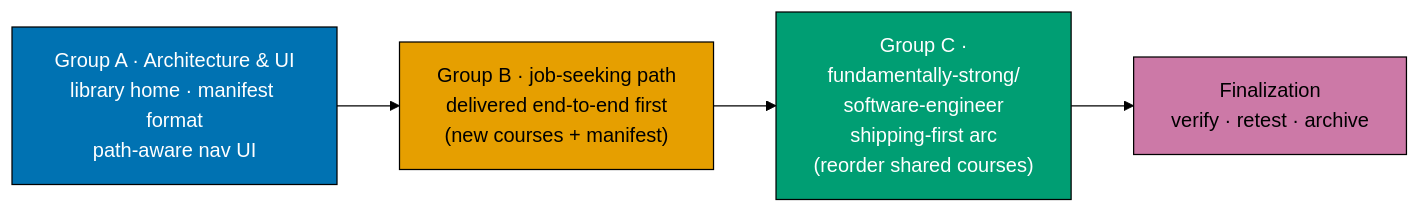
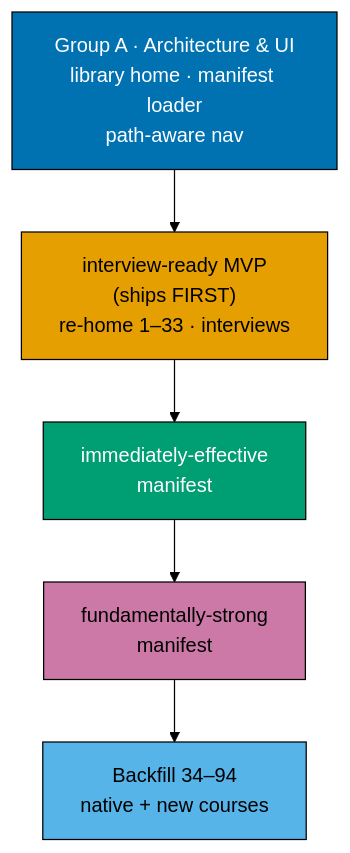
The second of 2 diagrams in plans/in-progress/fundamentally-strong-shared-course-tracks/README.md (wahidyankf/baseerah), drawn with Mermaid (forest theme) before and after one commit. The commit also changed other lines of this file and 129 other files, not shown here.

````diff
--- a/plans/in-progress/fundamentally-strong-shared-course-tracks/README.md
+++ b/plans/in-progress/fundamentally-strong-shared-course-tracks/README.md
@@ -83,13 +124,15 @@
 ```mermaid
-flowchart LR
-    A["Group A · Architecture & UI<br/>library home · manifest format<br/>path-aware nav UI"]:::a
-    B["Group B · job-seeking path<br/>delivered end-to-end first<br/>(new courses + manifest)"]:::b
-    C["Group C ·<br/>fundamentally-strong/<br/>software-engineer<br/>shipping-first arc<br/>(reorder shared courses)"]:::c
-    F["Finalization<br/>verify · retest · archive"]:::f
-    A --> B --> C --> F
+flowchart TD
+    A["Group A · Architecture & UI<br/>library home · manifest loader<br/>path-aware nav"]:::a
+    B["interview-ready MVP<br/>(ships FIRST)<br/>re-home 1–33 · interviews"]:::b
+    C["immediately-effective<br/>manifest"]:::c
+    D["fundamentally-strong<br/>manifest"]:::d
+    E["Backfill 34–94<br/>native + new courses"]:::e
+    A --> B --> C --> D --> E
 
     classDef a fill:#0072B2,stroke:#000,color:#fff
     classDef b fill:#E69F00,stroke:#000,color:#000
     classDef c fill:#009E73,stroke:#000,color:#fff
-    classDef f fill:#CC79A7,stroke:#000,color:#000
+    classDef d fill:#CC79A7,stroke:#000,color:#000
+    classDef e fill:#56B4E9,stroke:#000,color:#000
 ```
````
